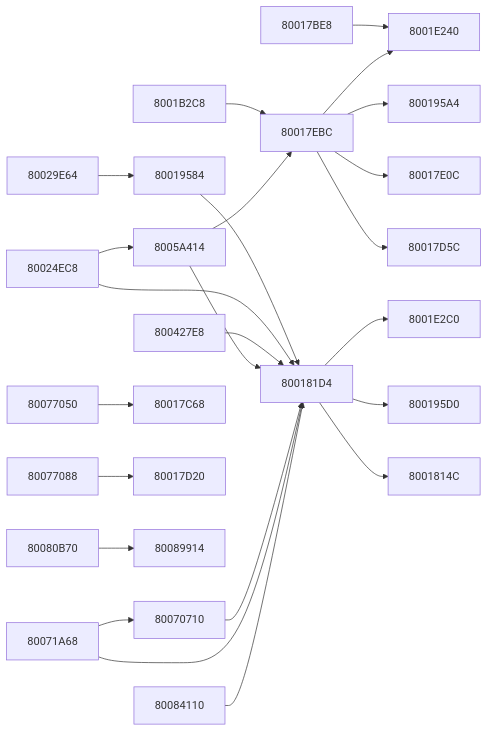
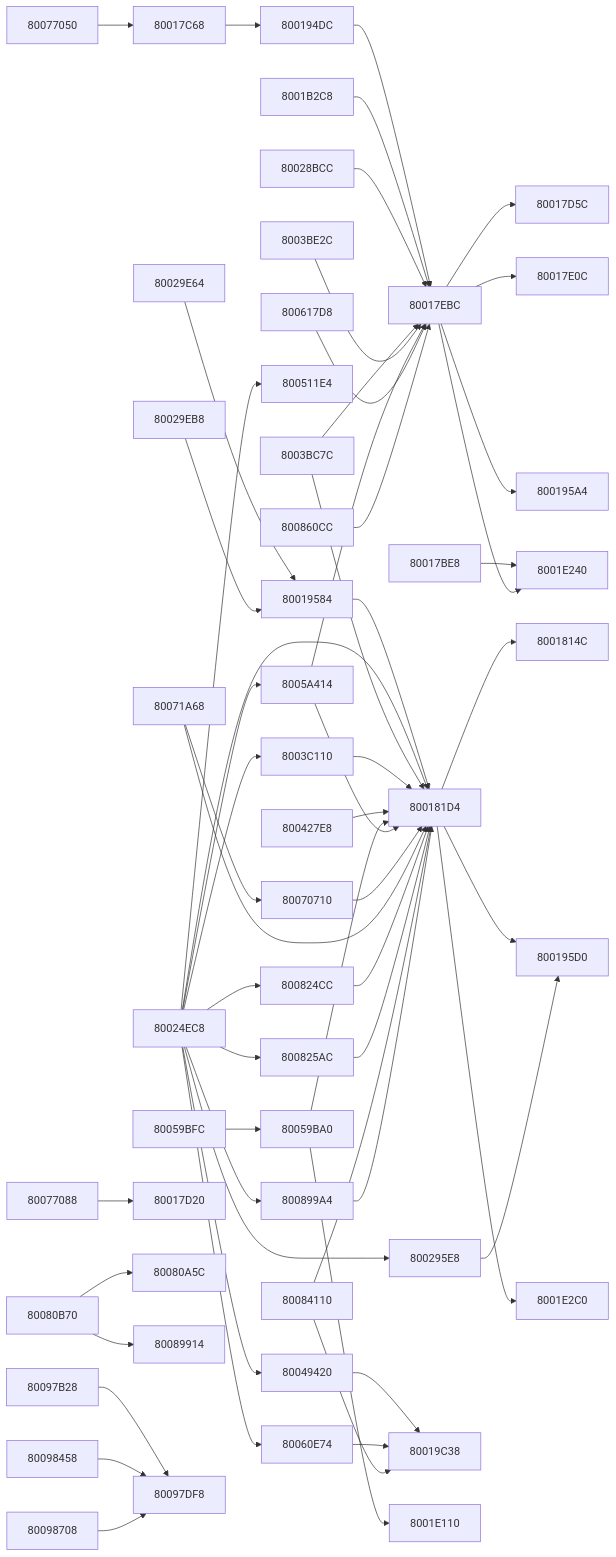
Before and after one commit to kai-luni/Future-Cop-L.A.P.D-PS1: the third of 11 diagrams in docs/FUNCTION_MAP.md, drawn with Mermaid. The commit also changed other lines of this file, not shown here.

````diff
--- a/docs/FUNCTION_MAP.md
+++ b/docs/FUNCTION_MAP.md
@@ -236,6 +323,7 @@
 ```mermaid
 graph LR
     f80017be8 --> f8001e240
+    f80017c68 --> f800194dc
     f80017ebc --> f80017d5c
     f80017ebc --> f80017e0c
     f80017ebc --> f800195a4
@@ -243,21 +331,52 @@
     f800181d4 --> f8001814c
     f800181d4 --> f800195d0
     f800181d4 --> f8001e2c0
+    f800194dc --> f80017ebc
     f80019584 --> f800181d4
     f8001b2c8 --> f80017ebc
     f80024ec8 --> f800181d4
+    f80024ec8 --> f800295e8
+    f80024ec8 --> f8003c110
+    f80024ec8 --> f80049420
+    f80024ec8 --> f800511e4
     f80024ec8 --> f8005a414
+    f80024ec8 --> f80060e74
+    f80024ec8 --> f800824cc
+    f80024ec8 --> f800825ac
+    f80024ec8 --> f800899a4
+    f80028bcc --> f80017ebc
+    f800295e8 --> f800195d0
     f80029e64 --> f80019584
+    f80029eb8 --> f80019584
+    f8003bc7c --> f80017ebc
+    f8003bc7c --> f800181d4
+    f8003be2c --> f80017ebc
+    f8003c110 --> f800181d4
     f800427e8 --> f800181d4
+    f80049420 --> f80019c38
+    f80059ba0 --> f800181d4
+    f80059ba0 --> f8001e110
+    f80059bfc --> f80059ba0
     f8005a414 --> f80017ebc
     f8005a414 --> f800181d4
+    f80060e74 --> f80019c38
+    f800617d8 --> f80017ebc
     f80070710 --> f800181d4
     f80071a68 --> f800181d4
     f80071a68 --> f80070710
     f80077050 --> f80017c68
     f80077088 --> f80017d20
+    f80080b70 --> f80080a5c
     f80080b70 --> f80089914
+    f800824cc --> f800181d4
+    f800825ac --> f800181d4
     f80084110 --> f800181d4
+    f80084110 --> f80019c38
+    f800860cc --> f80017ebc
+    f800899a4 --> f800181d4
+    f80097b28 --> f80097df8
+    f80098458 --> f80097df8
+    f80098708 --> f80097df8
     f80017be8["80017BE8"]
     f80017c68["80017C68"]
     f80017d20["80017D20"]
@@ -266,21 +385,45 @@
     f80017ebc["80017EBC"]
     f8001814c["8001814C"]
     f800181d4["800181D4"]
+    f800194dc["800194DC"]
     f80019584["80019584"]
     f800195a4["800195A4"]
     f800195d0["800195D0"]
+    f80019c38["80019C38"]
     f8001b2c8["8001B2C8"]
+    f8001e110["8001E110"]
     f8001e240["8001E240"]
     f8001e2c0["8001E2C0"]
     f80024ec8["80024EC8"]
+    f80028bcc["80028BCC"]
+    f800295e8["800295E8"]
     f80029e64["80029E64"]
+    f80029eb8["80029EB8"]
+    f8003bc7c["8003BC7C"]
+    f8003be2c["8003BE2C"]
+    f8003c110["8003C110"]
     f800427e8["800427E8"]
+    f80049420["80049420"]
+    f800511e4["800511E4"]
+    f80059ba0["80059BA0"]
+    f80059bfc["80059BFC"]
     f8005a414["8005A414"]
+    f80060e74["80060E74"]
+    f800617d8["800617D8"]
     f80070710["80070710"]
     f80071a68["80071A68"]
     f80077050["80077050"]
     f80077088["80077088"]
+    f80080a5c["80080A5C"]
     f80080b70["80080B70"]
+    f800824cc["800824CC"]
+    f800825ac["800825AC"]
     f80084110["80084110"]
+    f800860cc["800860CC"]
     f80089914["80089914"]
+    f800899a4["800899A4"]
+    f80097b28["80097B28"]
+    f80097df8["80097DF8"]
+    f80098458["80098458"]
+    f80098708["80098708"]
 ```
````
